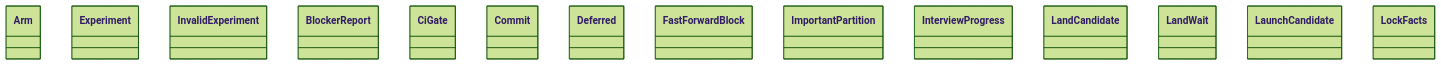
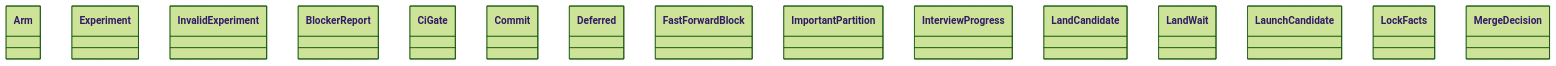
One commit to GonzaloZevallos/agentic-system changed the diagram in docs/architecture/generated/classes-process-domain-state-1.md. Above: the diagram before and after it, drawn with Mermaid (forest theme). The commit also changed 21 other files, not shown here.

````diff
--- a/docs/architecture/generated/classes-process-domain-state-1.md
+++ b/docs/architecture/generated/classes-process-domain-state-1.md
@@ -23,17 +23,18 @@
 ```mermaid
 classDiagram
     class experiment__Arm["Arm"]
     class experiment__Experiment["Experiment"]
     class experiment__InvalidExperiment["InvalidExperiment"]
     class rules__BlockerReport["BlockerReport"]
     class rules__CiGate["CiGate"]
     class rules__Commit["Commit"]
     class rules__Deferred["Deferred"]
     class rules__FastForwardBlock["FastForwardBlock"]
     class rules__ImportantPartition["ImportantPartition"]
     class rules__InterviewProgress["InterviewProgress"]
     class rules__LandCandidate["LandCandidate"]
     class rules__LandWait["LandWait"]
     class rules__LaunchCandidate["LaunchCandidate"]
     class rules__LockFacts["LockFacts"]
+    class rules__MergeDecision["MergeDecision"]
 ```
````
